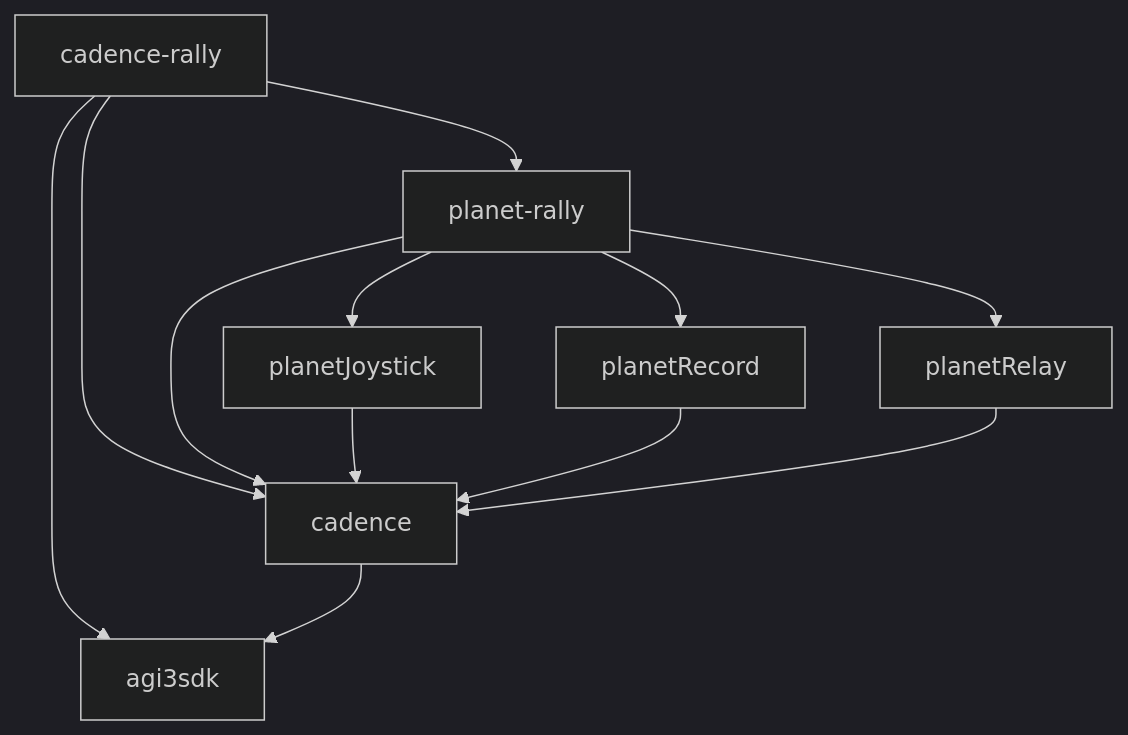
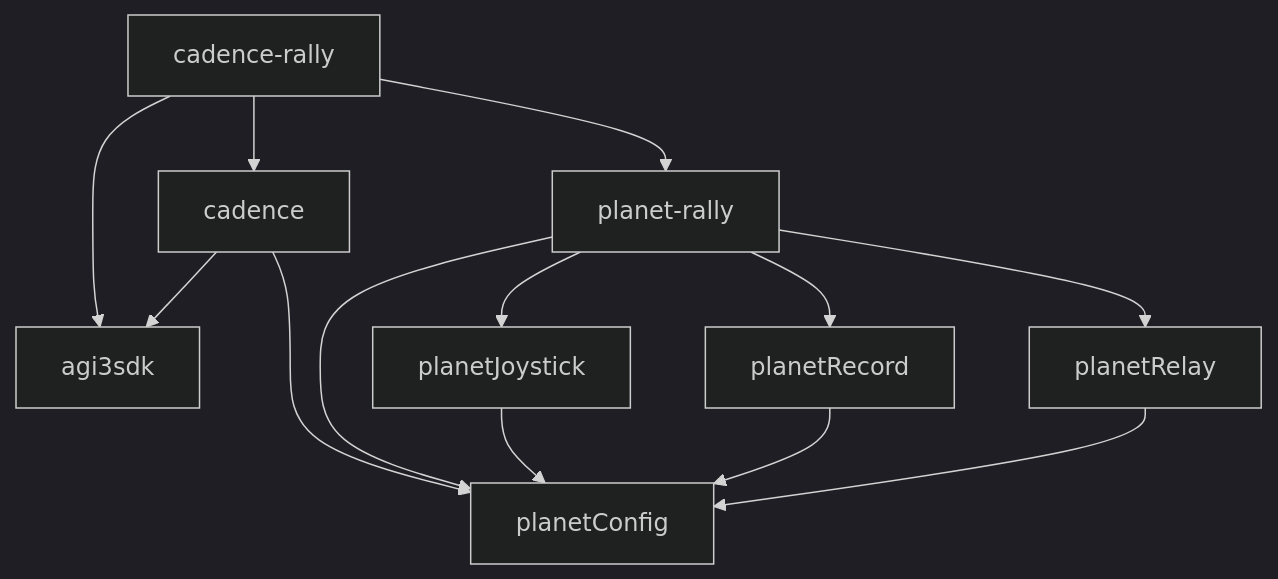
Before and after one commit to Renforce-Dynamics/cadence: the second of 2 diagrams in docs/architecture.md, drawn with Mermaid (dark theme). The commit also changed other lines of this file and 26 other files, not shown here.

````diff
--- a/docs/architecture.md
+++ b/docs/architecture.md
@@ -56,14 +59,15 @@
 ```mermaid
 flowchart TD
     CR[cadence-rally] --> C[cadence]
     CR --> PR[planet-rally]
     CR --> SDK[agi3sdk]
     C --> SDK
+    C --> PC[planetConfig]
     PR --> J[planetJoystick]
     PR --> R[planetRecord]
     PR --> Q[planetRelay]
-    PR --> C
-    J --> C
-    R --> C
-    Q --> C
+    PR --> PC
+    J --> PC
+    R --> PC
+    Q --> PC
 ```
````
